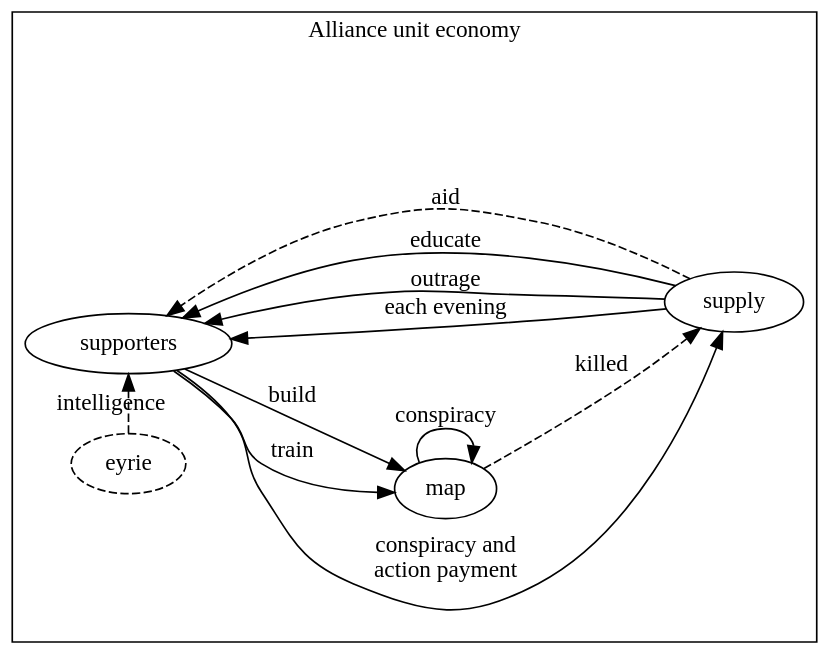
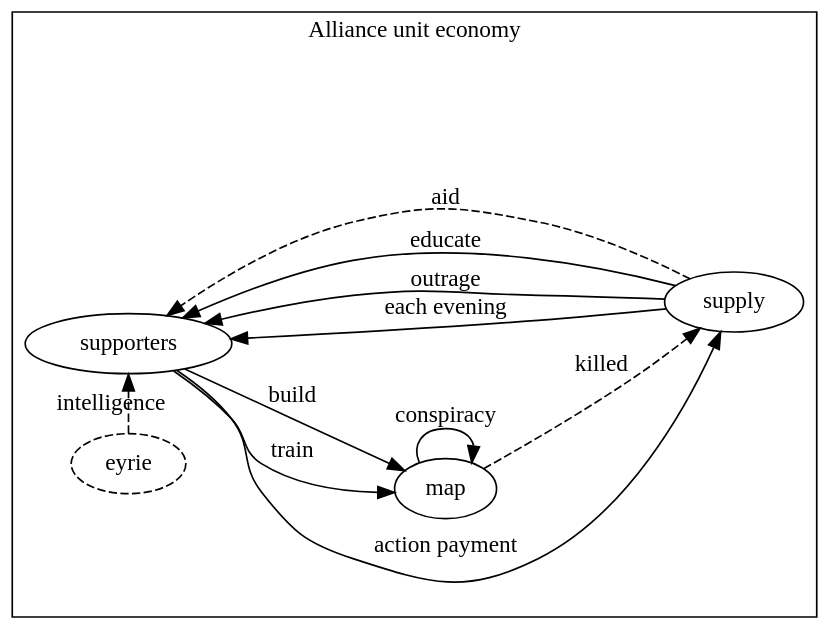
One commit to krawaller/root changed the diagram in diagrams/alliance-units.dot. Above: the diagram before and after it, drawn with Graphviz. The commit also changed 1 other file, not shown here.

Commit message:
improve alliance diagram wording

```diff
--- a/diagrams/alliance-units.dot
+++ b/diagrams/alliance-units.dot
@@ -1,34 +1,34 @@
 digraph {
   rankdir = LR;
   bgcolor = transparent;
 
   subgraph cluster_allianceunits {
 
     label = "Alliance unit economy"
 
     supporters
 
     supply
 
     map -> map [label="conspiracy"]
 
 
     supply -> supporters [label="each evening"]
     supply -> supporters [label="outrage"]
     supply -> supporters [label="educate"]
     supply -> supporters [label="aid" style="dashed"]
 
 
     supporters -> map [label="train"]
     supporters -> map [label="build"]
 
-    supporters -> supply [label="conspiracy and\naction payment"]
+    supporters -> supply [label="action payment"]
 
     map -> supply [label="killed" style="dashed"]
 
     eyrie [style="dashed"]
     eyrie -> supporters [label="intelligence" style="dashed"]
 
     {rank=same; eyrie, supporters}
   }
 }
```
